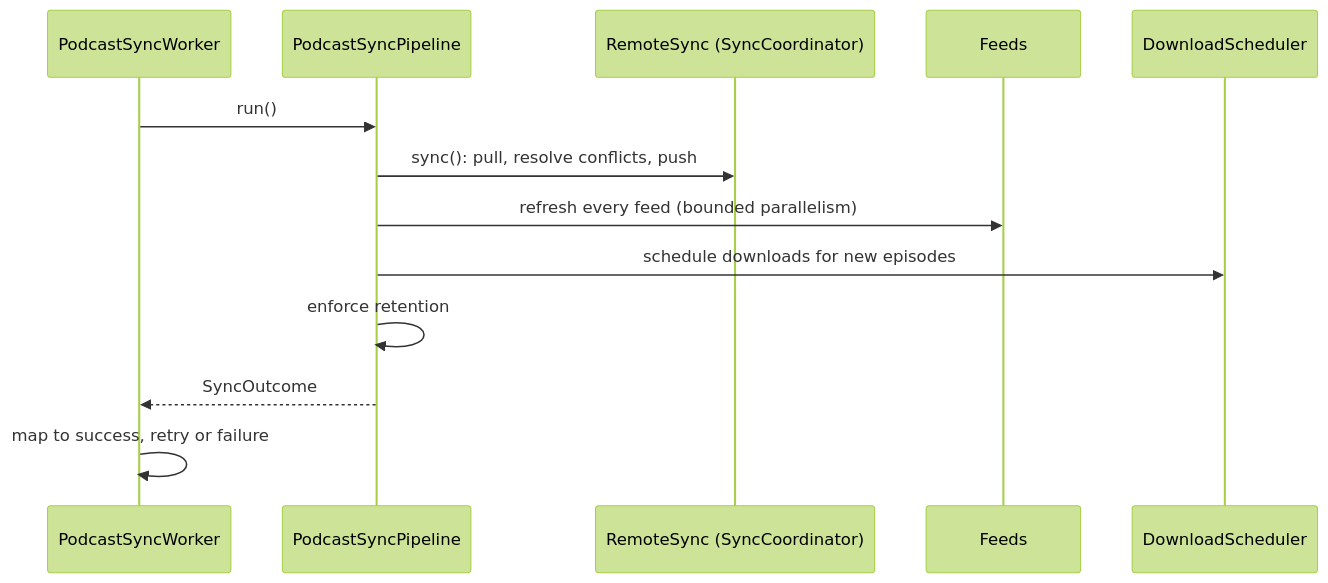
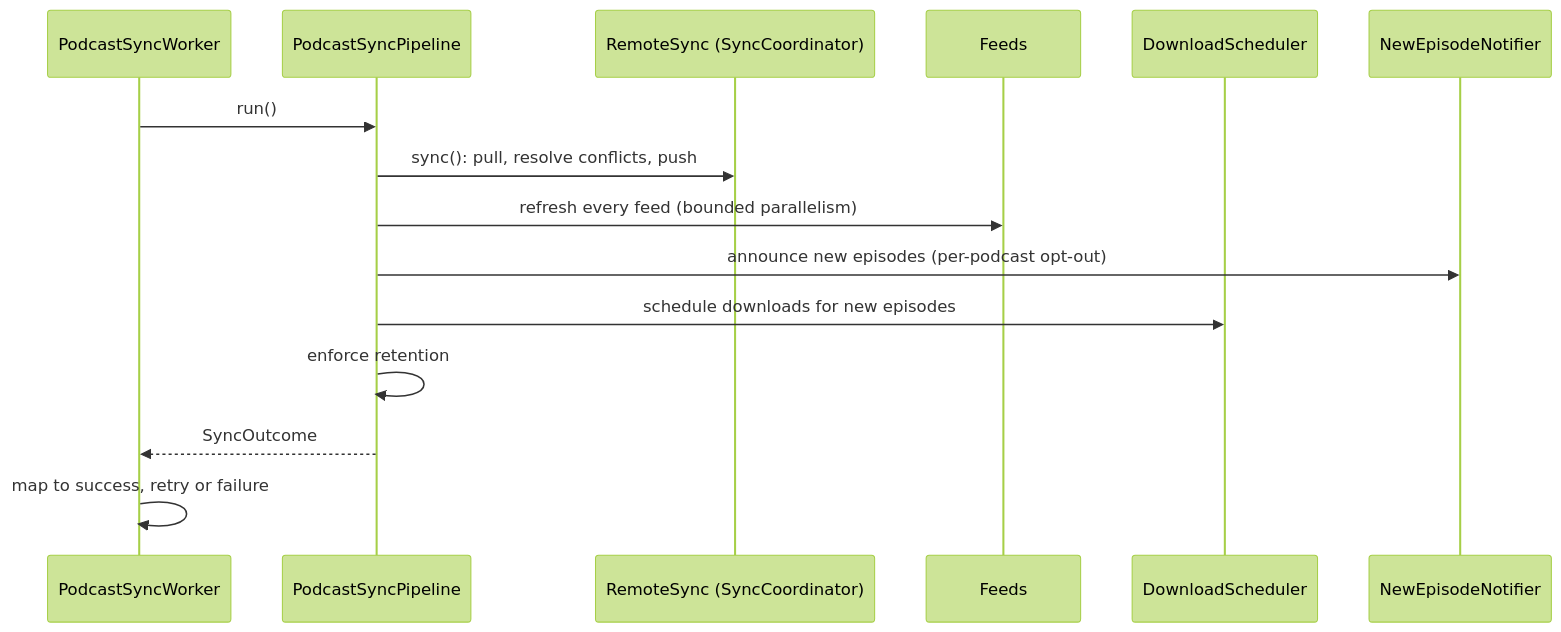
One commit to DougieWougie/sonora changed the third of 4 diagrams in docs/ARCHITECTURE.md. Above: the diagram before and after it, drawn with Mermaid (forest theme). The commit also changed other lines of this file and 20 other files, not shown here.

First line of the commit message:
Notify about new episodes, configurable per subscription

````diff
--- a/docs/ARCHITECTURE.md
+++ b/docs/ARCHITECTURE.md
@@ -89,15 +89,17 @@
 ```mermaid
 sequenceDiagram
     participant W as PodcastSyncWorker
     participant P as PodcastSyncPipeline
     participant R as RemoteSync (SyncCoordinator)
     participant F as Feeds
     participant D as DownloadScheduler
+    participant N as NewEpisodeNotifier
     W->>P: run()
     P->>R: sync(): pull, resolve conflicts, push
     P->>F: refresh every feed (bounded parallelism)
+    P->>N: announce new episodes (per-podcast opt-out)
     P->>D: schedule downloads for new episodes
     P->>P: enforce retention
     P-->>W: SyncOutcome
     W->>W: map to success, retry or failure
 ```
````
